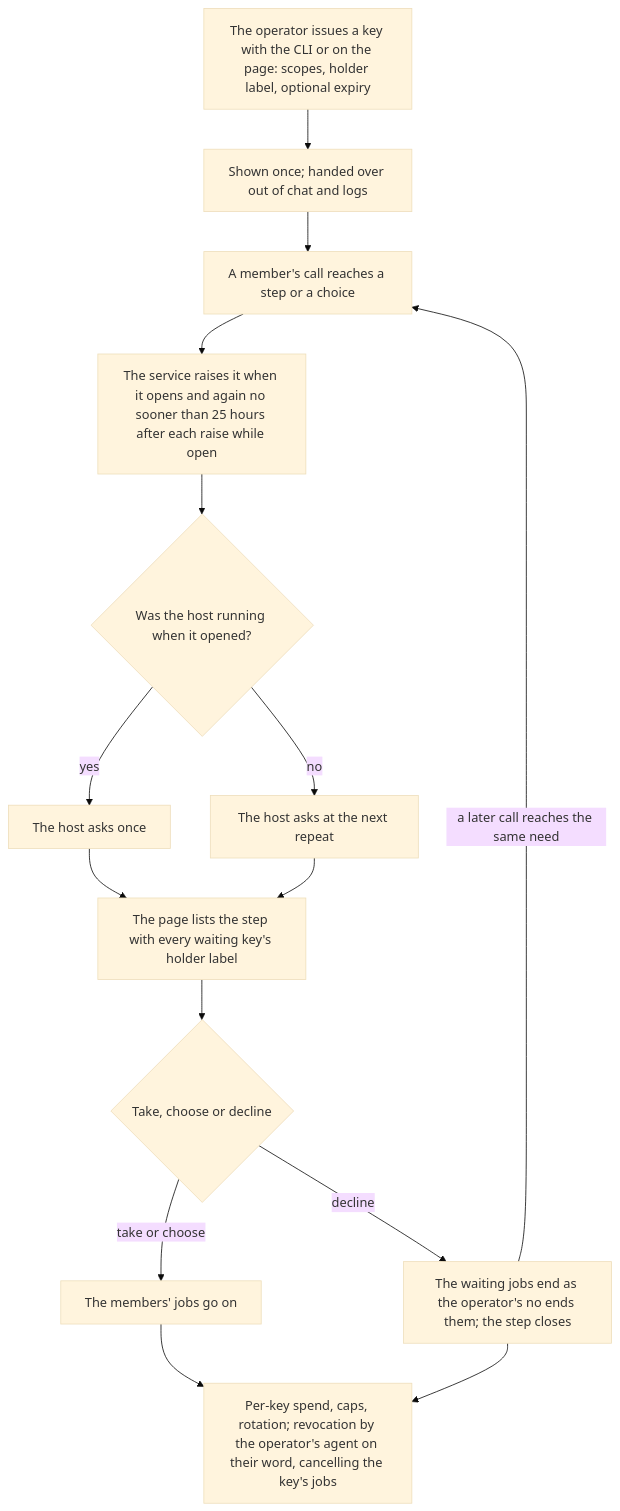
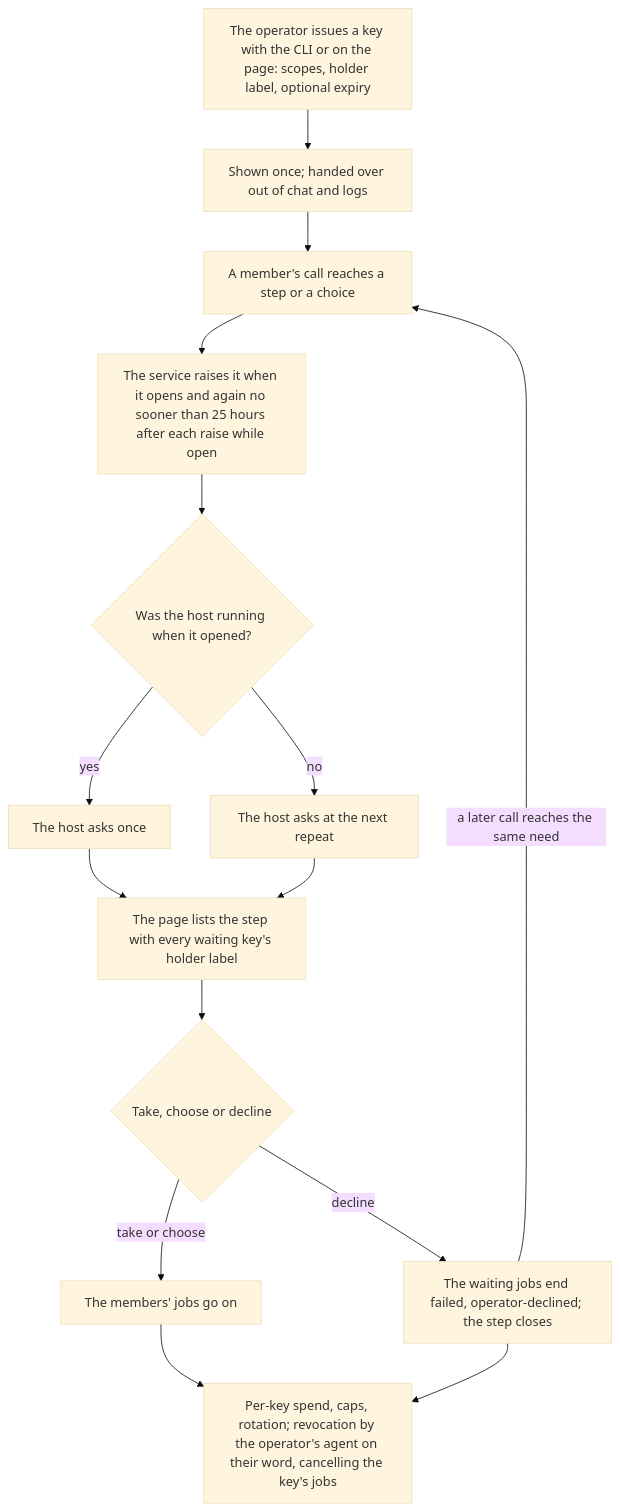
Diagram 36 of 36 in docs/ux/flows.md (passioncode-ai/fabric-agent-contract), drawn with Mermaid (base theme) before and after one commit. The commit also changed other lines of this file and 14 other files, not shown here.

````diff
--- a/docs/ux/flows.md
+++ b/docs/ux/flows.md
@@ -967,17 +967,17 @@
 ```mermaid
 flowchart TD
   I[The operator issues a key with the CLI or on the page: scopes, holder label, optional expiry] --> H[Shown once; handed over out of chat and logs]
   H --> C[A member's call reaches a step or a choice]
   C --> E[The service raises it when it opens and again no sooner than 25 hours after each raise while open]
   E --> A{Was the host running when it opened?}
   A -->|yes| K[The host asks once]
   A -->|no| N[The host asks at the next repeat]
   K --> P[The page lists the step with every waiting key's holder label]
   N --> P
   P --> D{Take, choose or decline}
   D -->|take or choose| G[The members' jobs go on]
-  D -->|decline| X[The waiting jobs end as the operator's no ends them; the step closes]
+  D -->|decline| X[The waiting jobs end failed, operator-declined; the step closes]
   X -->|a later call reaches the same need| C
   G --> R[Per-key spend, caps, rotation; revocation by the operator's agent on their word, cancelling the key's jobs]
   X --> R
 ```
````
